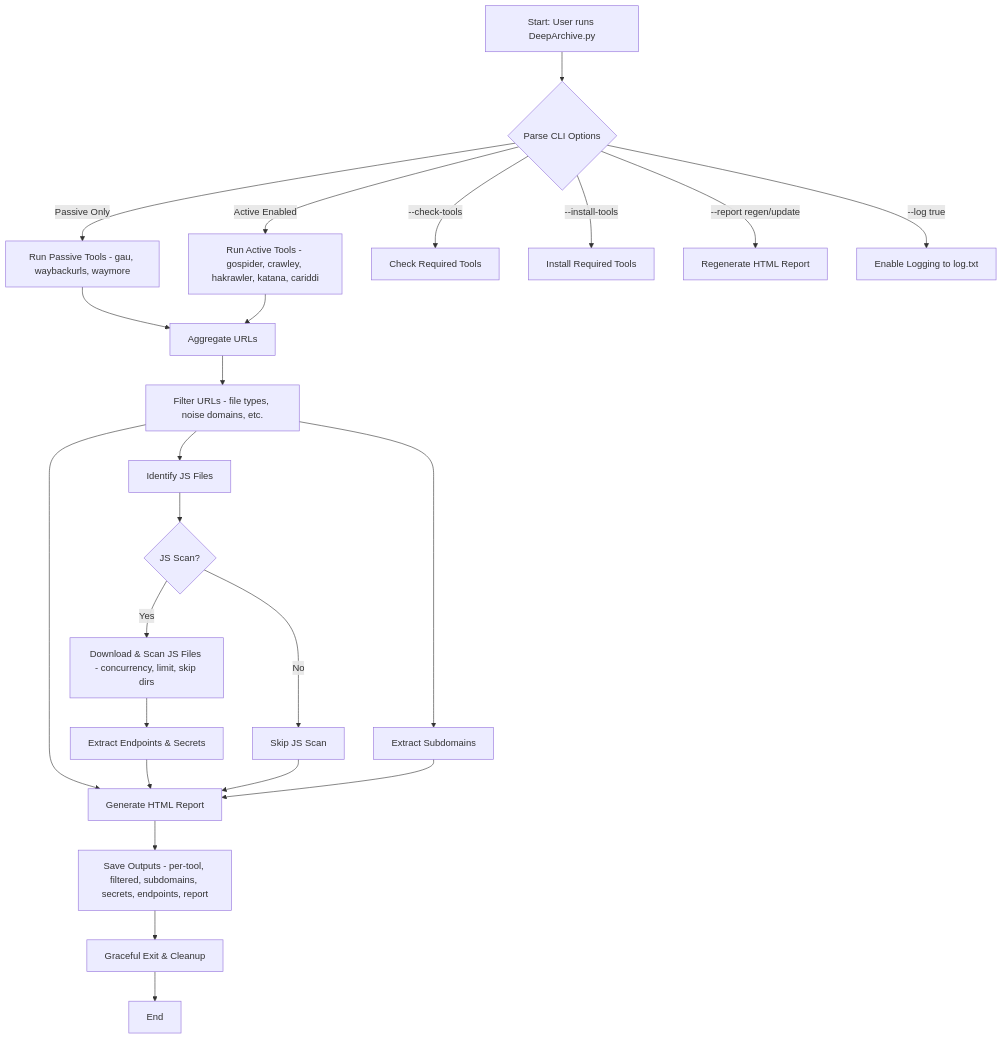
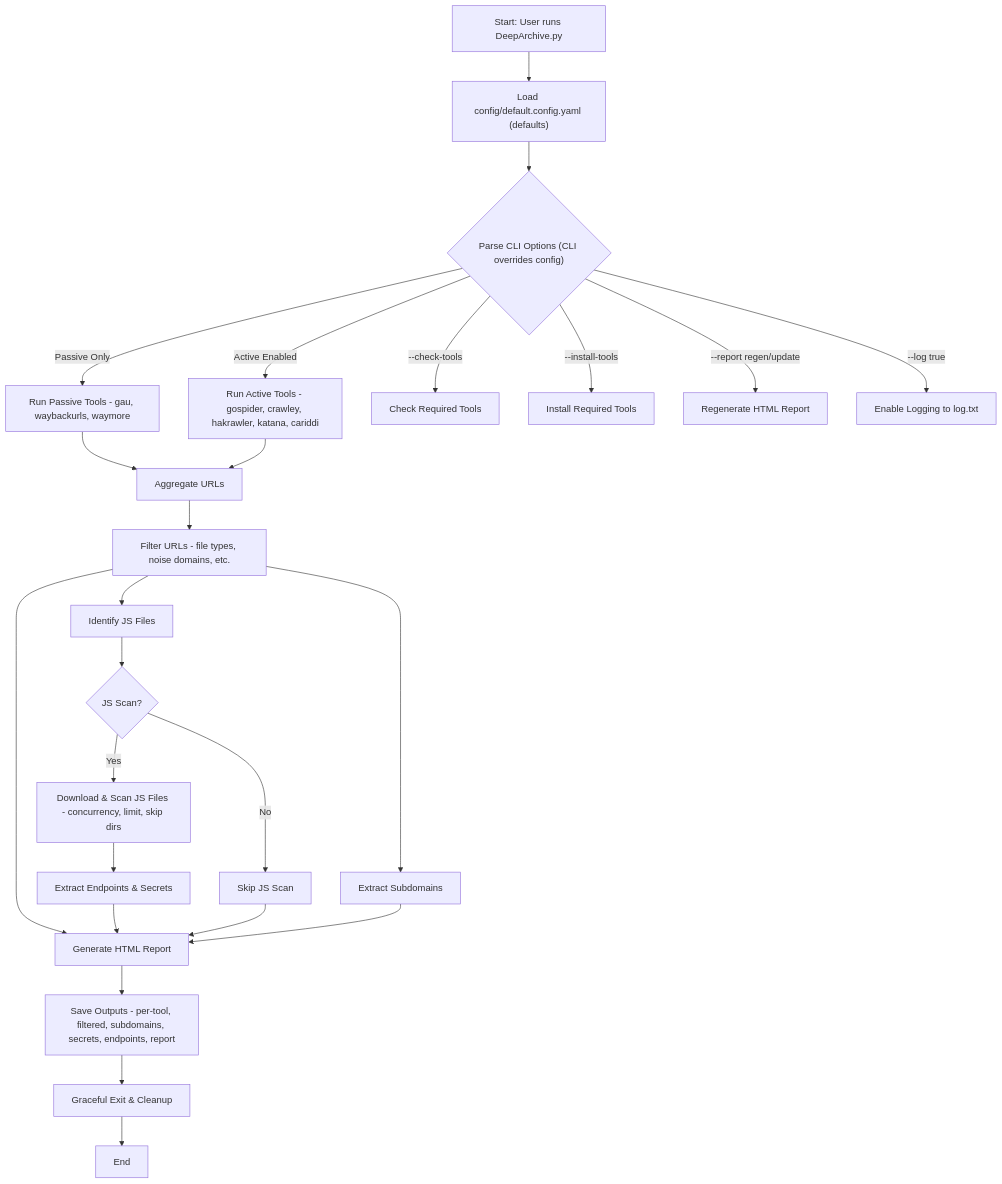
One commit to MuhammadKhizerJaved/DeepArchive changed the diagram in README.md. Above: the diagram before and after it, drawn with Mermaid. The commit also changed other lines of this file and 1 other file, not shown here.

````diff
--- a/README.md
+++ b/README.md
@@ -13,24 +13,25 @@
 ```mermaid
 flowchart TD
-    A["Start: User runs DeepArchive.py"] --> B{"Parse CLI Options"}
+    A["Start: User runs DeepArchive.py"] --> Z["Load config/default.config.yaml (defaults)"]
+    Z --> B{"Parse CLI Options (CLI overrides config)"}
     B -- Passive Only --> C["Run Passive Tools - gau, waybackurls, waymore"]
     B -- Active Enabled --> D["Run Active Tools - gospider, crawley, hakrawler, katana, cariddi"]
     C --> E["Aggregate URLs"]
     D --> E
     E --> F["Filter URLs - file types, noise domains, etc."]
     F --> G["Extract Subdomains"] & H["Identify JS Files"] & M["Generate HTML Report"]
     H --> I{"JS Scan?"}
     I -- Yes --> J["Download & Scan JS Files - concurrency, limit, skip dirs"]
     J --> K["Extract Endpoints & Secrets"]
     I -- No --> L["Skip JS Scan"]
     K --> M
     L --> M
     G --> M
     M --> N["Save Outputs - per-tool, filtered, subdomains, secrets, endpoints, report"]
     N --> O["Graceful Exit & Cleanup"]
     O --> P["End"]
     B -- "--check-tools" --> Q["Check Required Tools"]
     B -- "--install-tools" --> R["Install Required Tools"]
     B -- "--report regen/update" --> S["Regenerate HTML Report"]
     B -- "--log true" --> T["Enable Logging to log.txt"]
 ```
````
